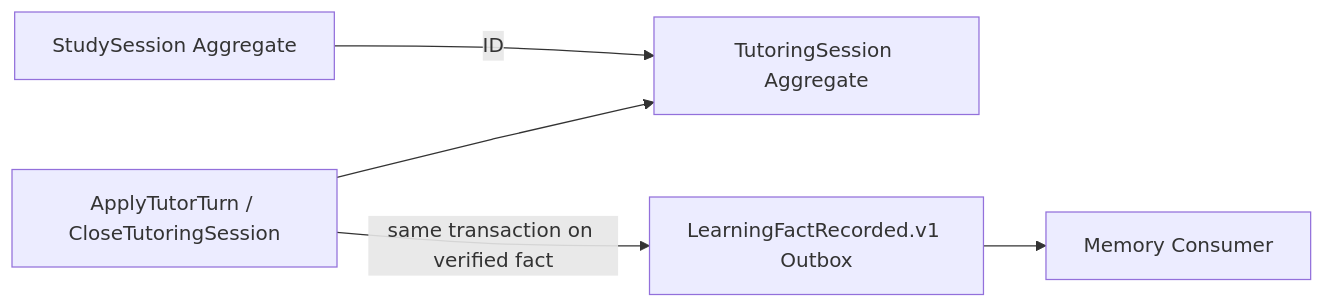
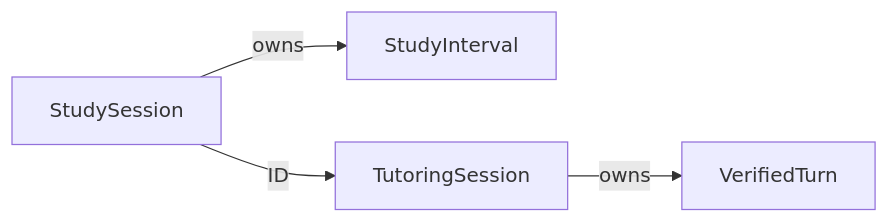
The first of 7 diagrams in docs/technical/domain-study.md (johanchow/duxue), drawn with Mermaid before and after one commit. The commit also changed other lines of this file and 11 other files, not shown here.

First line of the commit message:
fix study session boundary and hint ladder

````diff
--- a/docs/technical/domain-study.md
+++ b/docs/technical/domain-study.md
@@ -20,7 +45,10 @@
 ```mermaid
 flowchart LR
-    SS[StudySession Aggregate] -->|ID| TS[TutoringSession Aggregate]
-    UC[ApplyTutorTurn / CloseTutoringSession] --> TS
-    UC -->|same transaction on verified fact| OB[LearningFactRecorded.v1 Outbox]
-    OB --> MC[Memory Consumer]
+    SS[StudySession]
+    IV[StudyInterval]
+    TS[TutoringSession]
+    VT[VerifiedTurn]
+    SS -->|ID| TS
+    SS -->|owns| IV
+    TS -->|owns| VT
 ```
````
